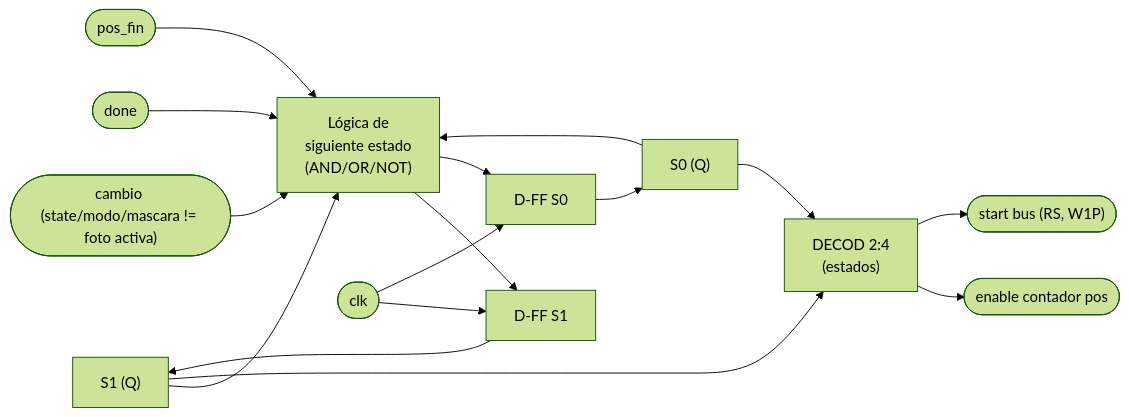
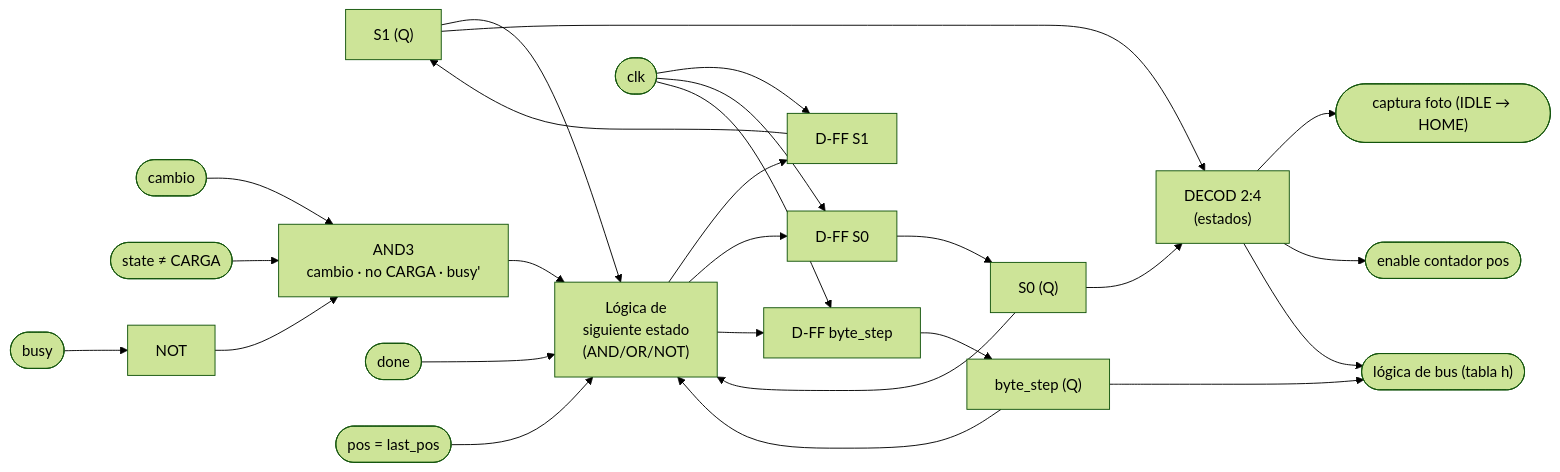
Before and after one commit to Taller-de-diseno-digital-GR01/Proyecto-2-Ahorcado: the second of 2 diagrams in docs/diseño/modulos/M04_Mostrar-LCD.md, drawn with Mermaid (forest theme). The commit also changed other lines of this file and 7 other files, not shown here.

````diff
--- a/docs/diseño/modulos/M04_Mostrar-LCD.md
+++ b/docs/diseño/modulos/M04_Mostrar-LCD.md
@@ -152,18 +260,28 @@
 ```mermaid
 flowchart LR
     S1Q["S1 (Q)"] --> NSL["Lógica de<br/>siguiente estado<br/>(AND/OR/NOT)"]
     S0Q["S0 (Q)"] --> NSL
-    CAMBIO(["cambio (state/modo/mascara != foto activa)"]) --> NSL
+    BSQ["byte_step (Q)"] --> NSL
+    CAMBIO(["cambio"]) --> ARR["AND3<br/>cambio · no CARGA · busy'"]
+    NOCARGA(["state ≠ CARGA"]) --> ARR
+    BUSY(["busy"]) --> NOTB["NOT"]
+    NOTB --> ARR
+    ARR --> NSL
     DONE(["done"]) --> NSL
-    POSEND(["pos_fin"]) --> NSL
+    POSEND(["pos = last_pos"]) --> NSL
     NSL --> D1["D-FF S1"]
     NSL --> D2["D-FF S0"]
+    NSL --> D3["D-FF byte_step"]
     CLK(["clk"]) --> D1
     CLK --> D2
+    CLK --> D3
     D1 --> S1Q
     D2 --> S0Q
+    D3 --> BSQ
     S1Q --> DEC["DECOD 2:4<br/>(estados)"]
     S0Q --> DEC
+    DEC --> CAPT(["captura foto (IDLE → HOME)"])
     DEC --> CTEN(["enable contador pos"])
-    DEC --> STARTB(["start bus (RS, W1P)"])
+    DEC --> BUSOUT(["lógica de bus (tabla h)"])
+    BSQ --> BUSOUT
 ```
````
